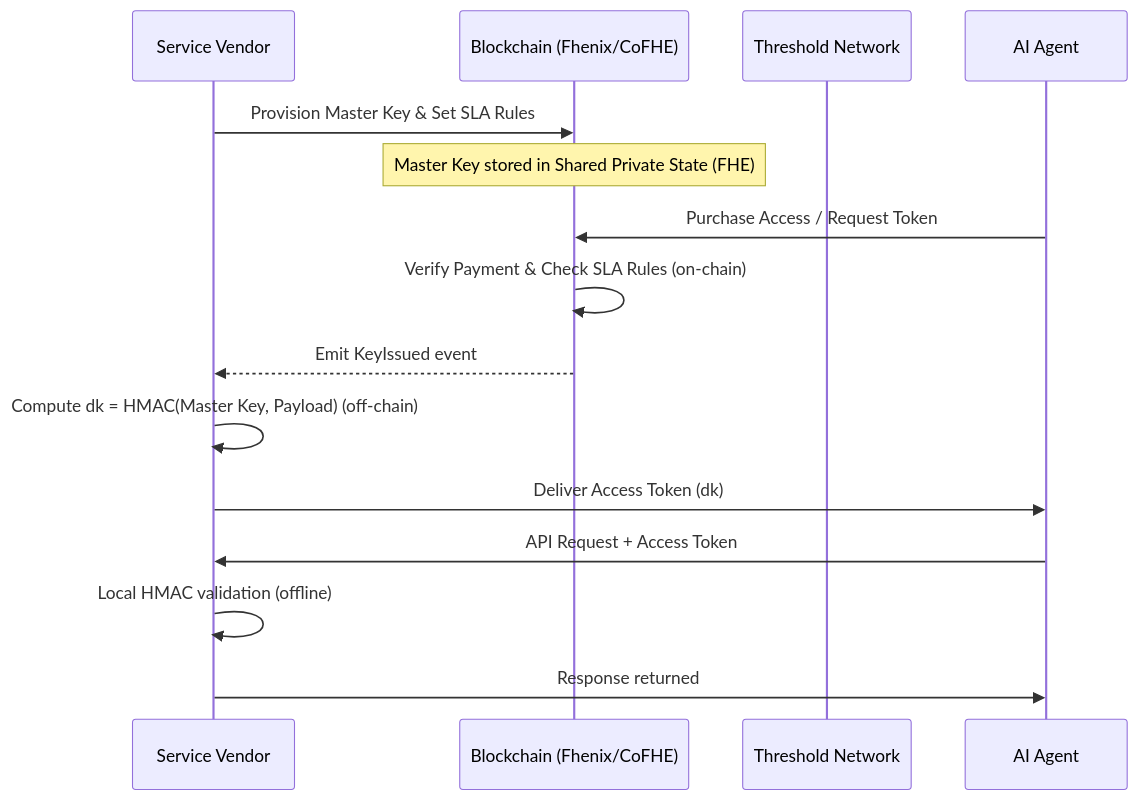
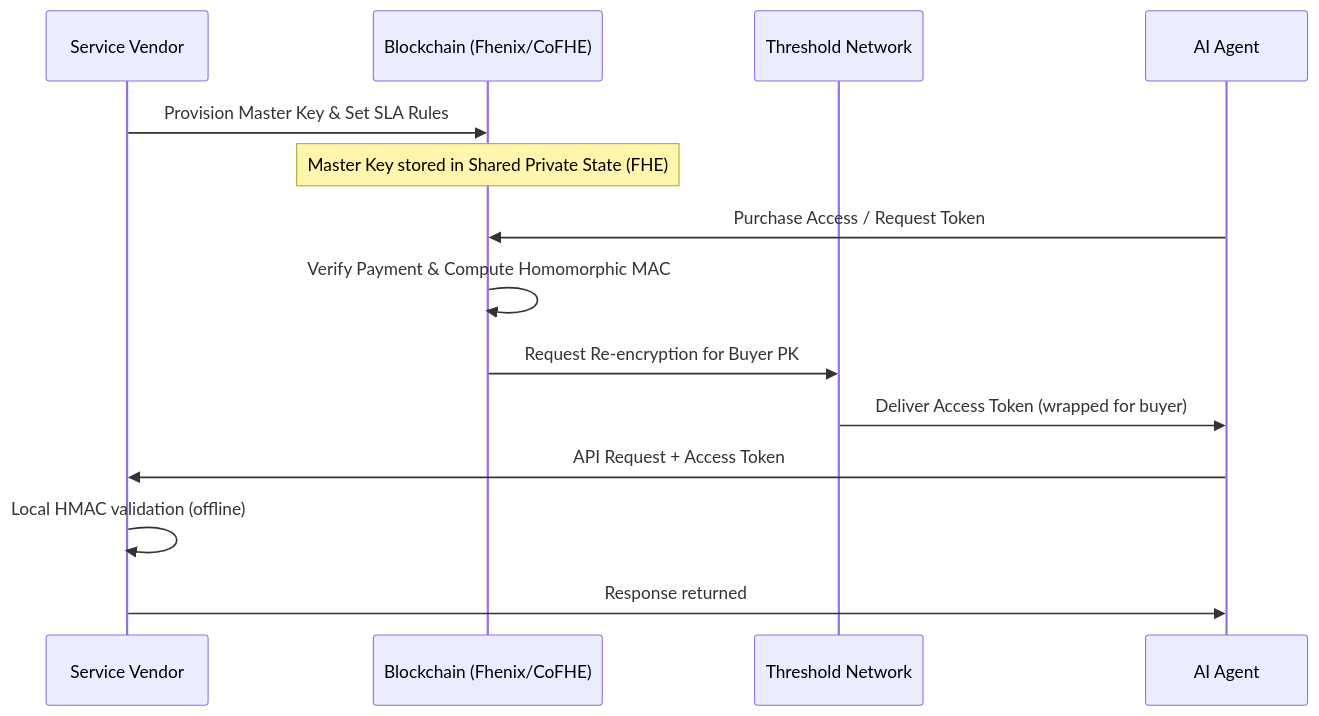
One commit to imajus/fhe402 changed the diagram in docs/Requirements.md. Above: the diagram before and after it, drawn with Mermaid. The commit also changed other lines of this file and 2 other files, not shown here.

Commit message:
Remove vendor online flow; keep vendor offline as sole architecture.

````diff
--- a/docs/Requirements.md
+++ b/docs/Requirements.md
@@ -78,20 +78,18 @@
 ```mermaid
 sequenceDiagram
     participant V as Service Vendor
     participant BC as Blockchain (Fhenix/CoFHE)
     participant TSN as Threshold Network
     participant A as AI Agent
     V->>BC: Provision Master Key & Set SLA Rules
     Note over BC: Master Key stored in Shared Private State (FHE)
 
     A->>BC: Purchase Access / Request Token
-    BC->>BC: Verify Payment & Check SLA Rules (on-chain)
-    BC-->>V: Emit KeyIssued event
-
-    V->>V: Compute dk = HMAC(Master Key, Payload) (off-chain)
-    V->>A: Deliver Access Token (dk)
+    BC->>BC: Verify Payment & Compute Homomorphic MAC
+    BC->>TSN: Request Re-encryption for Buyer PK
+    TSN->>A: Deliver Access Token (wrapped for buyer)
 
     A->>V: API Request + Access Token
     V->>V: Local HMAC validation (offline)
     V->>A: Response returned
 ```
````
